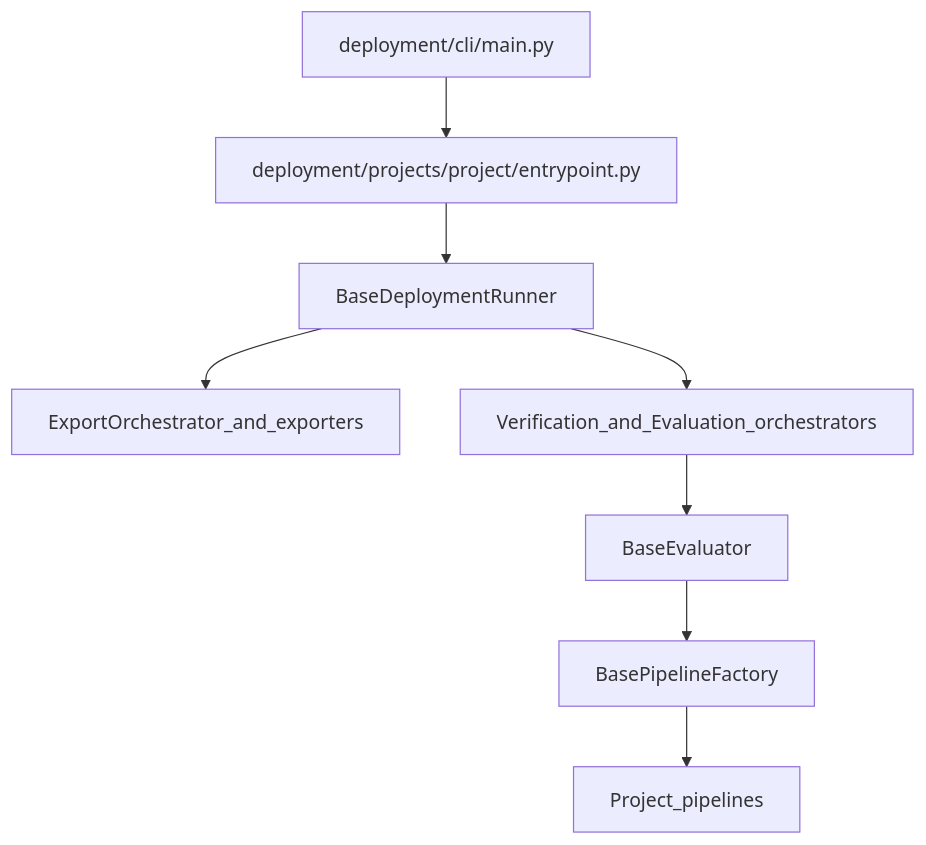
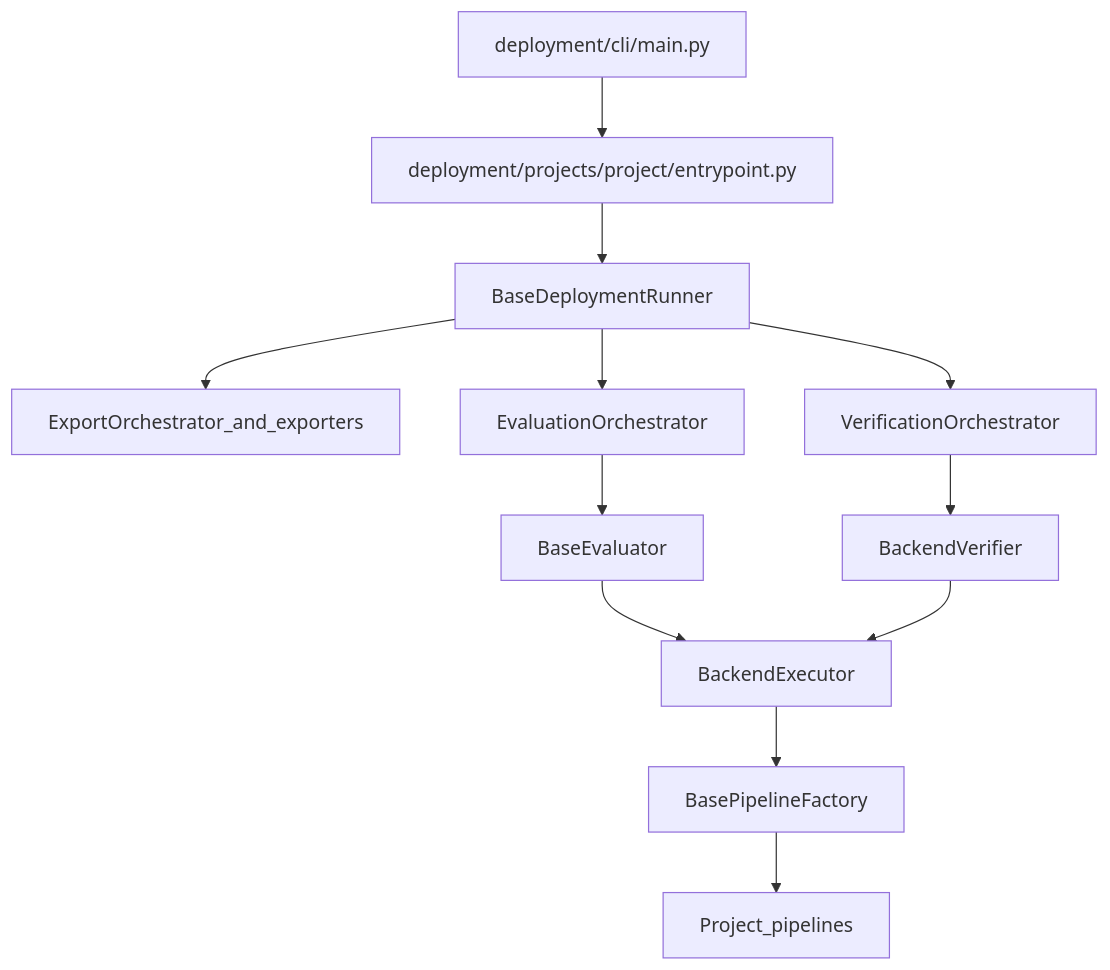
One commit to vividf/AWML changed the diagram in deployment/docs/architecture.md. Above: the diagram before and after it, drawn with Mermaid. The commit also changed other lines of this file and 41 other files, not shown here.

````diff
--- a/deployment/docs/architecture.md
+++ b/deployment/docs/architecture.md
@@ -15,10 +15,14 @@
 ```mermaid
 flowchart TD
     cli["deployment/cli/main.py"] --> projectBundle["deployment/projects/project/entrypoint.py"]
     projectBundle --> runner["BaseDeploymentRunner"]
     runner --> exportStack["ExportOrchestrator_and_exporters"]
-    runner --> verifyEval["Verification_and_Evaluation_orchestrators"]
-    verifyEval --> evaluator["BaseEvaluator"]
-    evaluator --> pipelineFactory["BasePipelineFactory"]
+    runner --> evalOrch["EvaluationOrchestrator"]
+    runner --> verifyOrch["VerificationOrchestrator"]
+    evalOrch --> evaluator["BaseEvaluator"]
+    verifyOrch --> verifier["BackendVerifier"]
+    evaluator --> executor["BackendExecutor"]
+    verifier --> executor
+    executor --> pipelineFactory["BasePipelineFactory"]
     pipelineFactory --> projectPipelines["Project_pipelines"]
 ```
````
